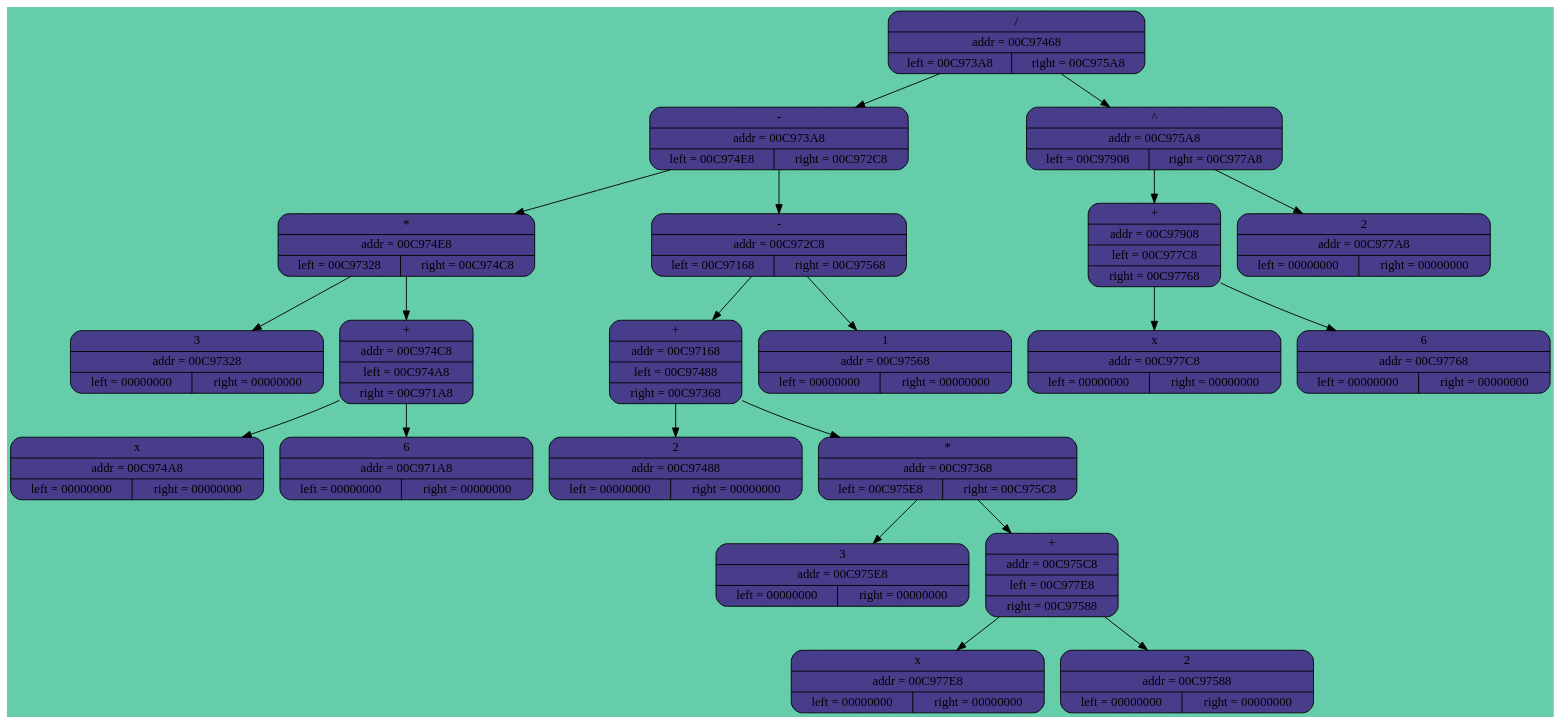
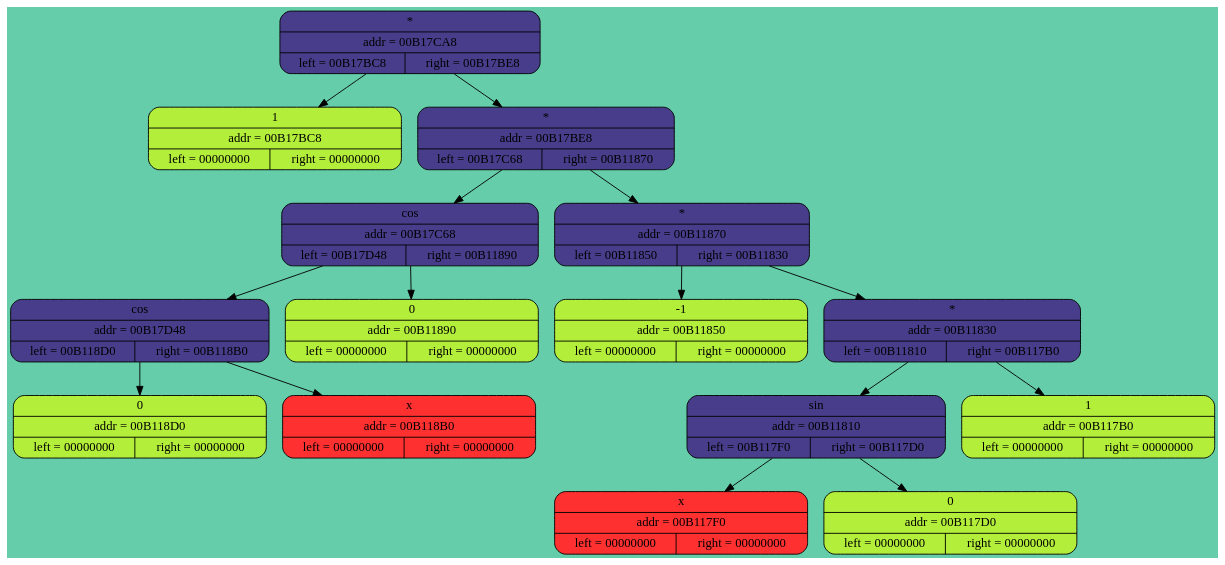
Before and after one commit to maachs/DIfferentiator: the diagram in Dump.dot, drawn with Graphviz. The commit also changed 13 other files, not shown here.

```diff
--- a/Dump.dot
+++ b/Dump.dot
@@ -1,46 +1,34 @@
 digraph G
 {
  rankdir = UD
 bgcolor = "aquamarine3"
-"00C97468" [shape = Mrecord, style = "filled", fillcolor = "darkslateblue", label = "{ / | addr = 00C97468 | { left = 00C973A8 | right = 00C975A8}}"];
-"00C973A8" [shape = Mrecord, style = "filled", fillcolor = "darkslateblue", label = "{ - | addr = 00C973A8 | { left = 00C974E8 | right = 00C972C8}}"];
-"00C974E8" [shape = Mrecord, style = "filled", fillcolor = "darkslateblue", label = "{ * | addr = 00C974E8 | {left = 00C97328 | right = 00C974C8}}"];
-"00C97328" [shape = Mrecord, style = "filled", fillcolor = "darkslateblue", label = "{ 3 | addr = 00C97328 | { left = 00000000 | right = 00000000}}"];
-"00C974E8"->"00C97328"
-"00C974C8" [shape = Mrecord, style = "filled", fillcolor = "darkslateblue", label = "{+| addr = 00C974C8 | left = 00C974A8 | right = 00C971A8}}"];
-"00C974A8" [shape = Mrecord, style = "filled", fillcolor = "darkslateblue", label = "{ x | addr = 00C974A8 | { left = 00000000 | right = 00000000}}"];
-"00C974C8"->"00C974A8"
-"00C971A8" [shape = Mrecord, style = "filled", fillcolor = "darkslateblue", label = "{ 6 | addr = 00C971A8 | { left = 00000000 | right = 00000000}}"];
-"00C974C8"->"00C971A8"
-"00C974E8"->"00C974C8"
-"00C973A8"->"00C974E8"
-"00C972C8" [shape = Mrecord, style = "filled", fillcolor = "darkslateblue", label = "{ - | addr = 00C972C8 | { left = 00C97168 | right = 00C97568}}"];
-"00C97168" [shape = Mrecord, style = "filled", fillcolor = "darkslateblue", label = "{+| addr = 00C97168 | left = 00C97488 | right = 00C97368}}"];
-"00C97488" [shape = Mrecord, style = "filled", fillcolor = "darkslateblue", label = "{ 2 | addr = 00C97488 | { left = 00000000 | right = 00000000}}"];
-"00C97168"->"00C97488"
-"00C97368" [shape = Mrecord, style = "filled", fillcolor = "darkslateblue", label = "{ * | addr = 00C97368 | {left = 00C975E8 | right = 00C975C8}}"];
-"00C975E8" [shape = Mrecord, style = "filled", fillcolor = "darkslateblue", label = "{ 3 | addr = 00C975E8 | { left = 00000000 | right = 00000000}}"];
-"00C97368"->"00C975E8"
-"00C975C8" [shape = Mrecord, style = "filled", fillcolor = "darkslateblue", label = "{+| addr = 00C975C8 | left = 00C977E8 | right = 00C97588}}"];
-"00C977E8" [shape = Mrecord, style = "filled", fillcolor = "darkslateblue", label = "{ x | addr = 00C977E8 | { left = 00000000 | right = 00000000}}"];
-"00C975C8"->"00C977E8"
-"00C97588" [shape = Mrecord, style = "filled", fillcolor = "darkslateblue", label = "{ 2 | addr = 00C97588 | { left = 00000000 | right = 00000000}}"];
-"00C975C8"->"00C97588"
-"00C97368"->"00C975C8"
-"00C97168"->"00C97368"
-"00C972C8"->"00C97168"
-"00C97568" [shape = Mrecord, style = "filled", fillcolor = "darkslateblue", label = "{ 1 | addr = 00C97568 | { left = 00000000 | right = 00000000}}"];
-"00C972C8"->"00C97568"
-"00C973A8"->"00C972C8"
-"00C97468"->"00C973A8"
-"00C975A8" [shape = Mrecord, style = "filled", fillcolor = "darkslateblue", label = "{ ^ | addr = 00C975A8 | {left = 00C97908 | right = 00C977A8}}"];
-"00C97908" [shape = Mrecord, style = "filled", fillcolor = "darkslateblue", label = "{+| addr = 00C97908 | left = 00C977C8 | right = 00C97768}}"];
-"00C977C8" [shape = Mrecord, style = "filled", fillcolor = "darkslateblue", label = "{ x | addr = 00C977C8 | { left = 00000000 | right = 00000000}}"];
-"00C97908"->"00C977C8"
-"00C97768" [shape = Mrecord, style = "filled", fillcolor = "darkslateblue", label = "{ 6 | addr = 00C97768 | { left = 00000000 | right = 00000000}}"];
-"00C97908"->"00C97768"
-"00C975A8"->"00C97908"
-"00C977A8" [shape = Mrecord, style = "filled", fillcolor = "darkslateblue", label = "{ 2 | addr = 00C977A8 | { left = 00000000 | right = 00000000}}"];
-"00C975A8"->"00C977A8"
-"00C97468"->"00C975A8"
+"00B17CA8" [shape = Mrecord, style = "filled", fillcolor = "darkslateblue", label = "{ * | addr = 00B17CA8 | { left = 00B17BC8 | right = 00B17BE8}}"];
+"00B17BC8" [shape = Mrecord, style = "filled", fillcolor = "olivedrab2", label = "{ 1 | addr = 00B17BC8 | { left = 00000000 | right = 00000000}}"];
+"00B17CA8"->"00B17BC8"
+"00B17BE8" [shape = Mrecord, style = "filled", fillcolor = "darkslateblue", label = "{ * | addr = 00B17BE8 | { left = 00B17C68 | right = 00B11870}}"];
+"00B17C68" [shape = Mrecord, style = "filled", fillcolor = "darkslateblue", label = "{ cos | addr = 00B17C68 | { left = 00B17D48 | right = 00B11890}}"];
+"00B17D48" [shape = Mrecord, style = "filled", fillcolor = "darkslateblue", label = "{ cos | addr = 00B17D48 | { left = 00B118D0 | right = 00B118B0}}"];
+"00B118D0" [shape = Mrecord, style = "filled", fillcolor = "olivedrab2", label = "{ 0 | addr = 00B118D0 | { left = 00000000 | right = 00000000}}"];
+"00B17D48"->"00B118D0"
+"00B118B0" [shape = Mrecord, style = "filled", fillcolor = "firebrick1", label = "{ x | addr = 00B118B0 | { left = 00000000 | right = 00000000}}"];
+"00B17D48"->"00B118B0"
+"00B17C68"->"00B17D48"
+"00B11890" [shape = Mrecord, style = "filled", fillcolor = "olivedrab2", label = "{ 0 | addr = 00B11890 | { left = 00000000 | right = 00000000}}"];
+"00B17C68"->"00B11890"
+"00B17BE8"->"00B17C68"
+"00B11870" [shape = Mrecord, style = "filled", fillcolor = "darkslateblue", label = "{ * | addr = 00B11870 | { left = 00B11850 | right = 00B11830}}"];
+"00B11850" [shape = Mrecord, style = "filled", fillcolor = "olivedrab2", label = "{ -1 | addr = 00B11850 | { left = 00000000 | right = 00000000}}"];
+"00B11870"->"00B11850"
+"00B11830" [shape = Mrecord, style = "filled", fillcolor = "darkslateblue", label = "{ * | addr = 00B11830 | { left = 00B11810 | right = 00B117B0}}"];
+"00B11810" [shape = Mrecord, style = "filled", fillcolor = "darkslateblue", label = "{ sin | addr = 00B11810 | { left = 00B117F0 | right = 00B117D0}}"];
+"00B117F0" [shape = Mrecord, style = "filled", fillcolor = "firebrick1", label = "{ x | addr = 00B117F0 | { left = 00000000 | right = 00000000}}"];
+"00B11810"->"00B117F0"
+"00B117D0" [shape = Mrecord, style = "filled", fillcolor = "olivedrab2", label = "{ 0 | addr = 00B117D0 | { left = 00000000 | right = 00000000}}"];
+"00B11810"->"00B117D0"
+"00B11830"->"00B11810"
+"00B117B0" [shape = Mrecord, style = "filled", fillcolor = "olivedrab2", label = "{ 1 | addr = 00B117B0 | { left = 00000000 | right = 00000000}}"];
+"00B11830"->"00B117B0"
+"00B11870"->"00B11830"
+"00B17BE8"->"00B11870"
+"00B17CA8"->"00B17BE8"
 }
```
